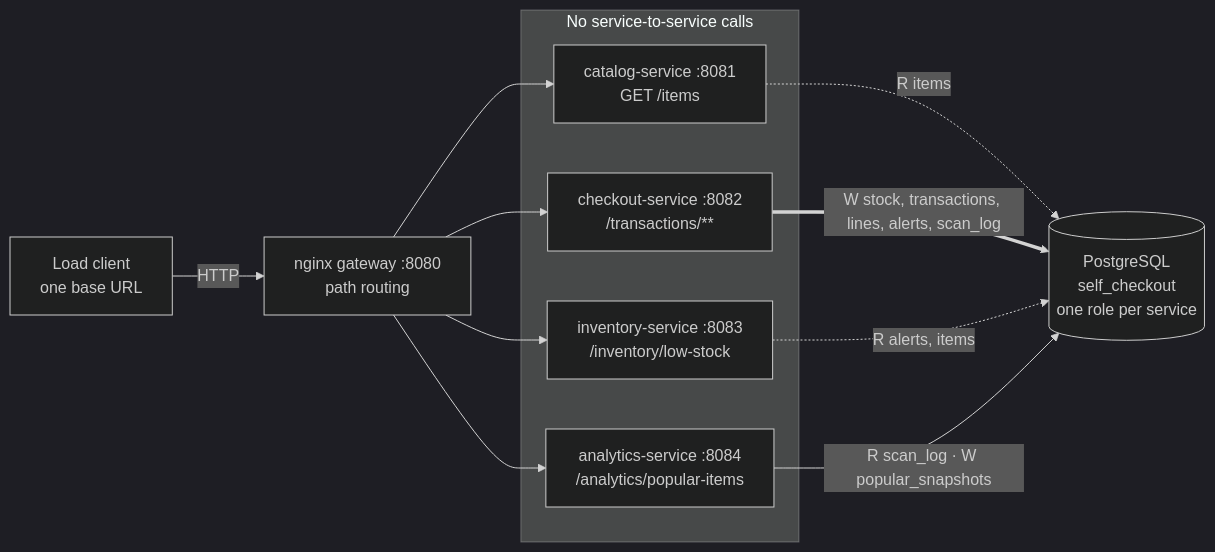
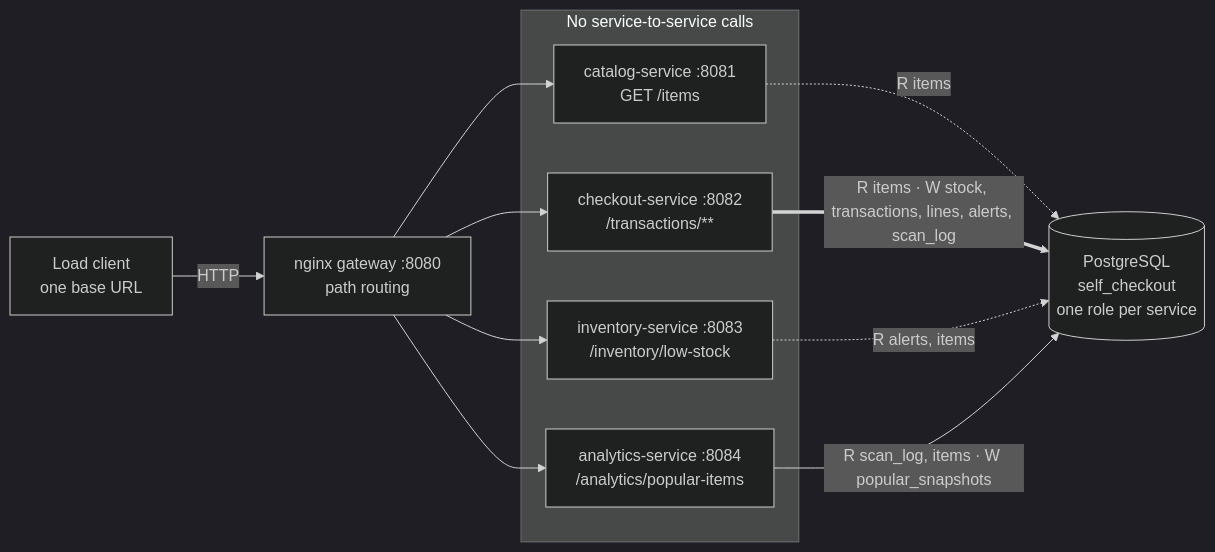
One commit to Vatsalya2003/self_checkout_system changed the first of 3 diagrams in README.md. Above: the diagram before and after it, drawn with Mermaid (dark theme). The commit also changed other lines of this file and 4 other files, not shown here.

````diff
--- a/README.md
+++ b/README.md
@@ -28,19 +28,19 @@
 ```mermaid
 flowchart LR
     LC["Load client<br/>one base URL"] -->|HTTP| GW["nginx gateway :8080<br/>path routing"]
     subgraph SVC["No service-to-service calls"]
         CA["catalog-service :8081<br/>GET /items"]
         CO["checkout-service :8082<br/>/transactions/**"]
         IN["inventory-service :8083<br/>/inventory/low-stock"]
         AN["analytics-service :8084<br/>/analytics/popular-items"]
     end
     GW --> CA
     GW --> CO
     GW --> IN
     GW --> AN
     DB[("PostgreSQL<br/>self_checkout<br/>one role per service")]
     CA -.->|"R items"| DB
-    CO ==>|"W stock, transactions, lines, alerts, scan_log"| DB
+    CO ==>|"R items · W stock, transactions, lines, alerts, scan_log"| DB
     IN -.->|"R alerts, items"| DB
-    AN -->|"R scan_log · W popular_snapshots"| DB
+    AN -->|"R scan_log, items · W popular_snapshots"| DB
 ```
````
